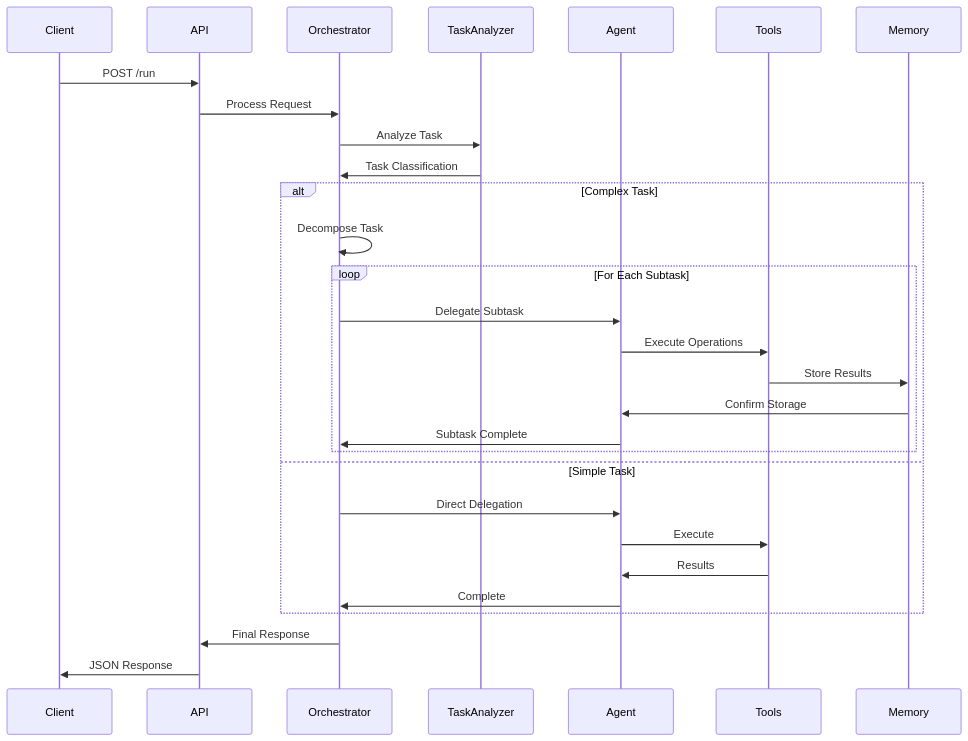
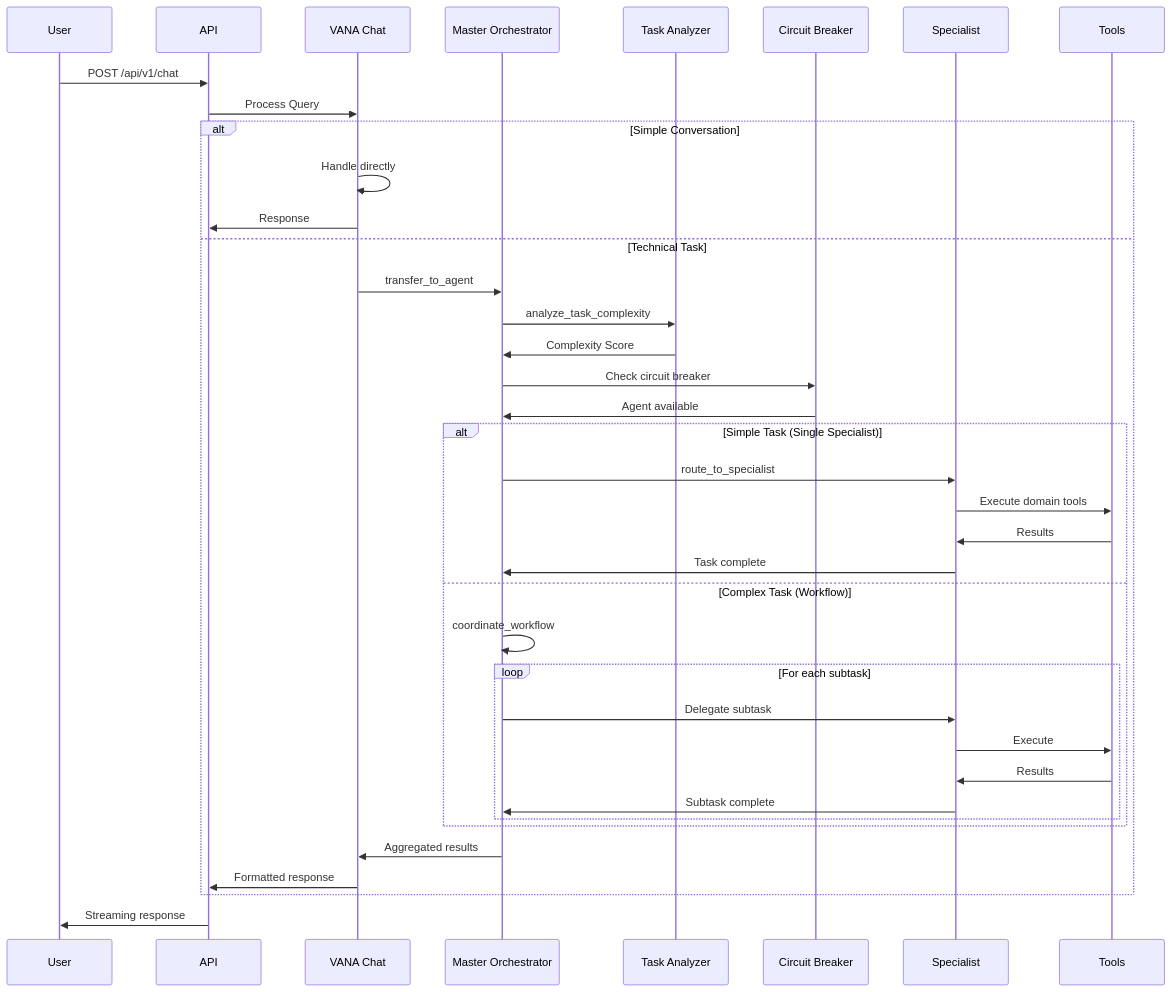
The second of 4 diagrams in docs/ARCHITECTURE.md (NickB03/vana), drawn with Mermaid before and after one commit. The commit also changed other lines of this file and 28 other files, not shown here.

````diff
--- a/docs/ARCHITECTURE.md
+++ b/docs/ARCHITECTURE.md
@@ -52,34 +72,46 @@
 ```mermaid
 sequenceDiagram
-    participant Client
+    participant User
     participant API
-    participant Orchestrator
-    participant TaskAnalyzer
-    participant Agent
+    participant VANA as VANA Chat
+    participant MO as Master Orchestrator
+    participant TA as Task Analyzer
+    participant CB as Circuit Breaker
+    participant SP as Specialist
     participant Tools
-    participant Memory
     
-    Client->>API: POST /run
-    API->>Orchestrator: Process Request
-    Orchestrator->>TaskAnalyzer: Analyze Task
-    TaskAnalyzer->>Orchestrator: Task Classification
+    User->>API: POST /api/v1/chat
+    API->>VANA: Process Query
     
-    alt Complex Task
-        Orchestrator->>Orchestrator: Decompose Task
-        loop For Each Subtask
-            Orchestrator->>Agent: Delegate Subtask
-            Agent->>Tools: Execute Operations
-            Tools->>Memory: Store Results
-            Memory->>Agent: Confirm Storage
-            Agent->>Orchestrator: Subtask Complete
+    alt Simple Conversation
+        VANA->>VANA: Handle directly
+        VANA->>API: Response
+    else Technical Task
+        VANA->>MO: transfer_to_agent
+        MO->>TA: analyze_task_complexity
+        TA->>MO: Complexity Score
+        
+        MO->>CB: Check circuit breaker
+        CB->>MO: Agent available
+        
+        alt Simple Task (Single Specialist)
+            MO->>SP: route_to_specialist
+            SP->>Tools: Execute domain tools
+            Tools->>SP: Results
+            SP->>MO: Task complete
+        else Complex Task (Workflow)
+            MO->>MO: coordinate_workflow
+            loop For each subtask
+                MO->>SP: Delegate subtask
+                SP->>Tools: Execute
+                Tools->>SP: Results
+                SP->>MO: Subtask complete
+            end
         end
-    else Simple Task
-        Orchestrator->>Agent: Direct Delegation
-        Agent->>Tools: Execute
-        Tools->>Agent: Results
-        Agent->>Orchestrator: Complete
+        
+        MO->>VANA: Aggregated results
+        VANA->>API: Formatted response
     end
     
-    Orchestrator->>API: Final Response
-    API->>Client: JSON Response
+    API->>User: Streaming response
 ```
````
